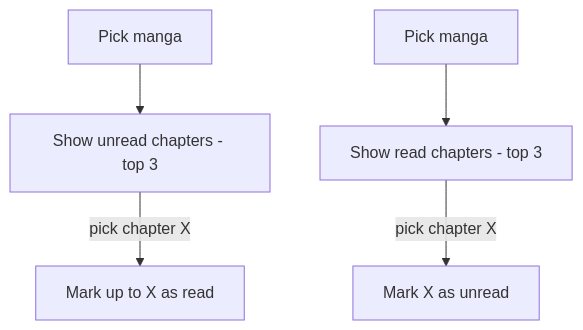
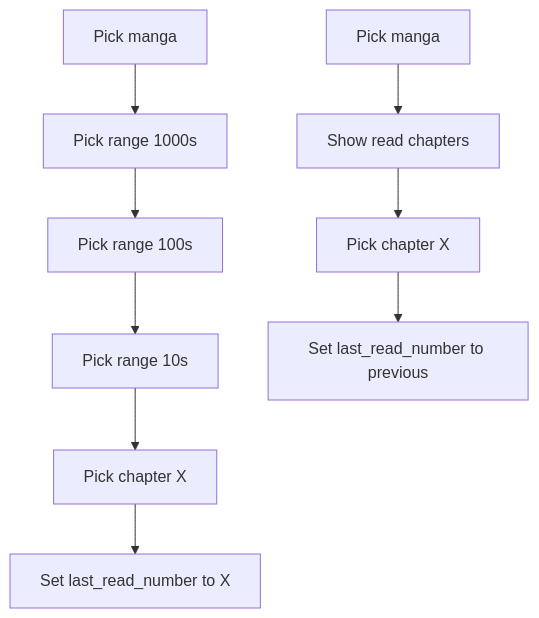
The seventh of 9 diagrams in docs/workflow.md (BattermanZ/ReleaseNoJutsu), drawn with Mermaid before and after one commit. The commit also changed other lines of this file and 11 other files, not shown here.

Commit message:
refactor: full chapter fetching and unread chapter selection refactor

````diff
--- a/docs/workflow.md
+++ b/docs/workflow.md
@@ -192,7 +195,12 @@
 ```mermaid
 flowchart TD
-  A[Pick manga] --> B[Show unread chapters - top 3]
-  B -->|pick chapter X| C[Mark up to X as read]
-  D[Pick manga] --> E[Show read chapters - top 3]
-  E -->|pick chapter X| F[Mark X as unread]
+  M1[Pick manga] --> R1[Pick range 1000s]
+  R1 --> R2[Pick range 100s]
+  R2 --> R3[Pick range 10s]
+  R3 --> CH[Pick chapter X]
+  CH --> SET[Set last_read_number to X]
+
+  M2[Pick manga] --> READ[Show read chapters]
+  READ --> UN[Pick chapter X]
+  UN --> UNSET[Set last_read_number to previous]
 ```
````
